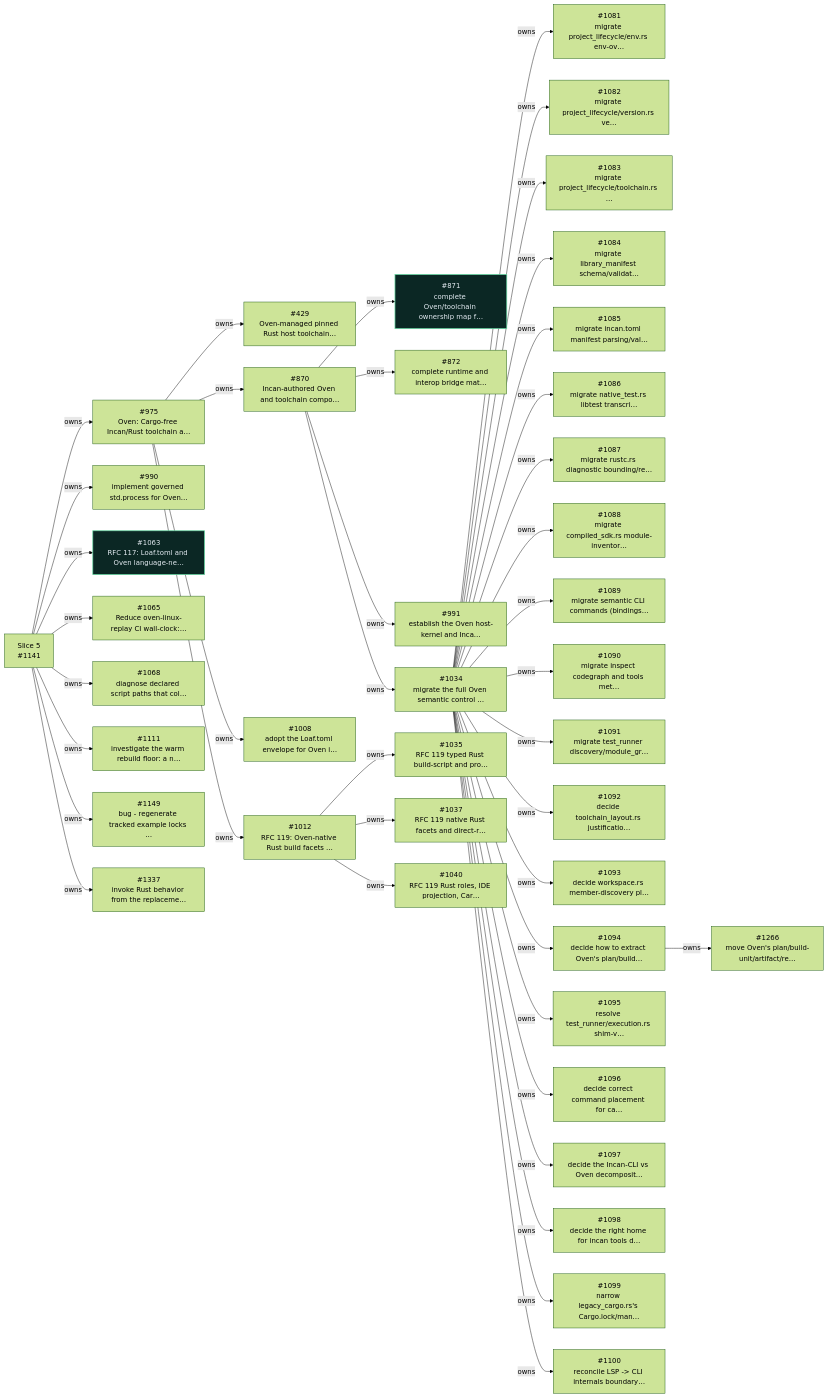
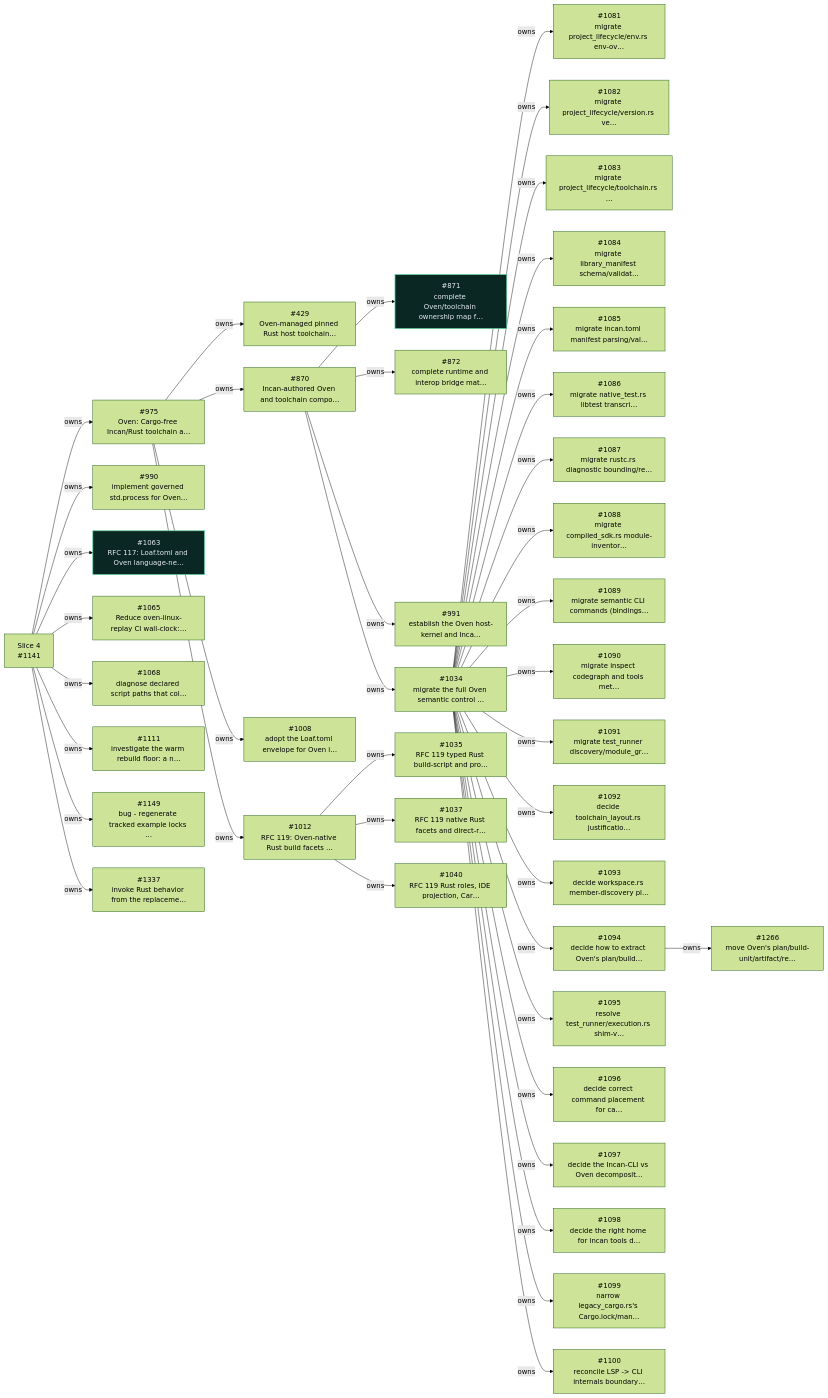
Before and after one commit to dannys-code-corner/incan: the fourth of 9 diagrams in workspaces/docs-site/docs/_snippets/project/v0_6_roadmap.md, drawn with Mermaid (forest theme). The commit also changed other lines of this file and 2 other files, not shown here.

First line of the commit message:
chore - 1379 re-sequence v0.6 slices and give slice 8 its own parent

```diff
--- a/workspaces/docs-site/docs/_snippets/project/v0_6_roadmap.md
+++ b/workspaces/docs-site/docs/_snippets/project/v0_6_roadmap.md
@@ -390,7 +337,7 @@
   i1099["#1099<br/>narrow legacy_cargo.rs's Cargo.lock/man…"]
   i1100["#1100<br/>reconcile LSP -> CLI internals boundary…"]
   i1111["#1111<br/>investigate the warm rebuild floor: a n…"]
-  s1141["Slice 5<br/>#1141"]
+  s1141["Slice 4<br/>#1141"]
   i1149["#1149<br/>bug - regenerate tracked example locks …"]
   i1266["#1266<br/>move Oven's plan/build-unit/artifact/re…"]
   i1337["#1337<br/>invoke Rust behavior from the replaceme…"]
```
